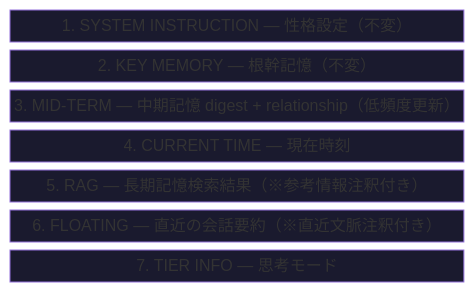
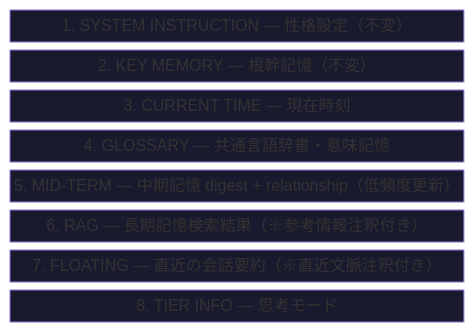
The second of 7 diagrams in docs/DIAGRAMS.ja.md (unagisann/Butly), drawn with Mermaid before and after one commit. The commit also changed other lines of this file and 19 other files, not shown here.

First line of the commit message:
feat: Glossary（意味記憶）導入・RAG一元化・GK/RAGトグル・ドキュメント更新

````diff
--- a/docs/DIAGRAMS.ja.md
+++ b/docs/DIAGRAMS.ja.md
@@ -39,19 +39,21 @@
 ```mermaid
 block-beta
     columns 1
     A["1. SYSTEM INSTRUCTION — 性格設定（不変）"]
     B["2. KEY MEMORY — 根幹記憶（不変）"]
-    C["3. MID-TERM — 中期記憶 digest + relationship（低頻度更新）"]
-    D["4. CURRENT TIME — 現在時刻"]
-    E["5. RAG — 長期記憶検索結果（※参考情報注釈付き）"]
-    F["6. FLOATING — 直近の会話要約（※直近文脈注釈付き）"]
-    G["7. TIER INFO — 思考モード"]
+    C["3. CURRENT TIME — 現在時刻"]
+    D["4. GLOSSARY — 共通言語辞書・意味記憶"]
+    E["5. MID-TERM — 中期記憶 digest + relationship（低頻度更新）"]
+    F["6. RAG — 長期記憶検索結果（※参考情報注釈付き）"]
+    G["7. FLOATING — 直近の会話要約（※直近文脈注釈付き）"]
+    H["8. TIER INFO — 思考モード"]
 
     style A fill:#1a1a2e,color:#ec4899
     style B fill:#1a1a2e,color:#f59e0b
-    style C fill:#1a1a2e,color:#10b981
-    style D fill:#1a1a2e,color:#8899aa
-    style E fill:#1a1a2e,color:#ef4444
-    style F fill:#1a1a2e,color:#3b82f6
-    style G fill:#1a1a2e,color:#556677
+    style C fill:#1a1a2e,color:#8899aa
+    style D fill:#1a1a2e,color:#a78bfa
+    style E fill:#1a1a2e,color:#10b981
+    style F fill:#1a1a2e,color:#ef4444
+    style G fill:#1a1a2e,color:#3b82f6
+    style H fill:#1a1a2e,color:#556677
 ```
````
